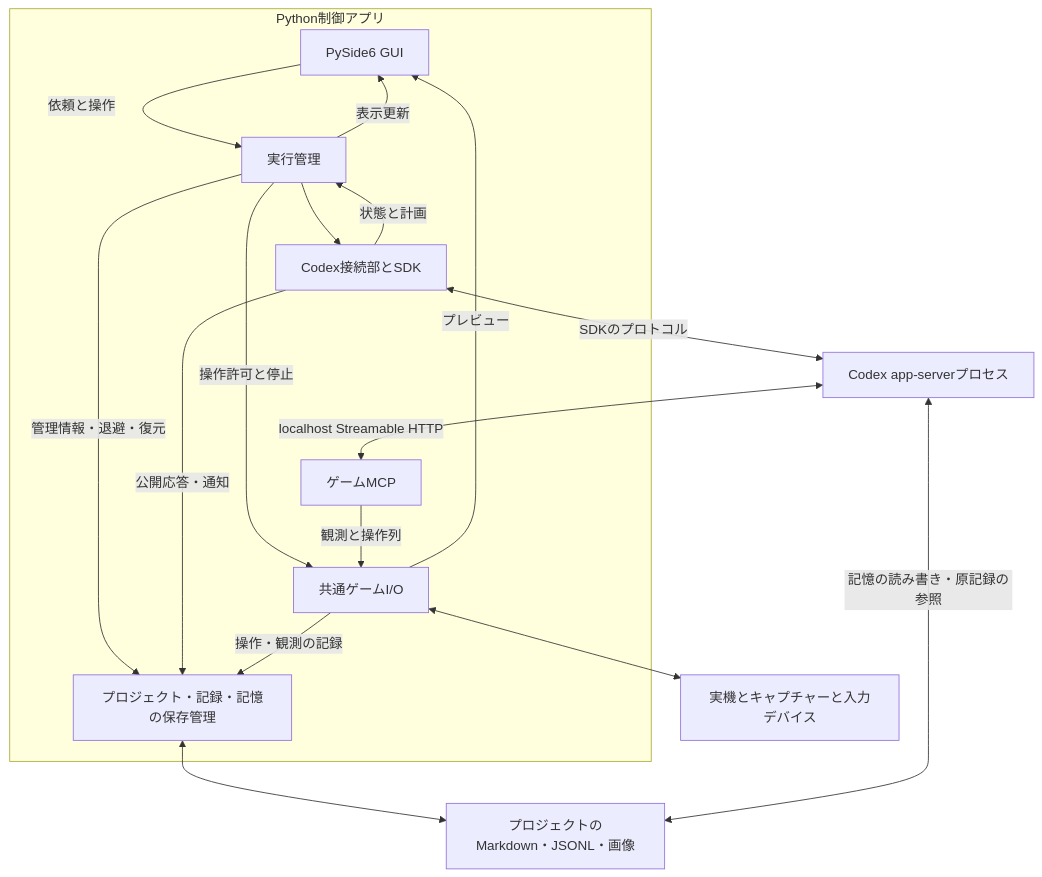
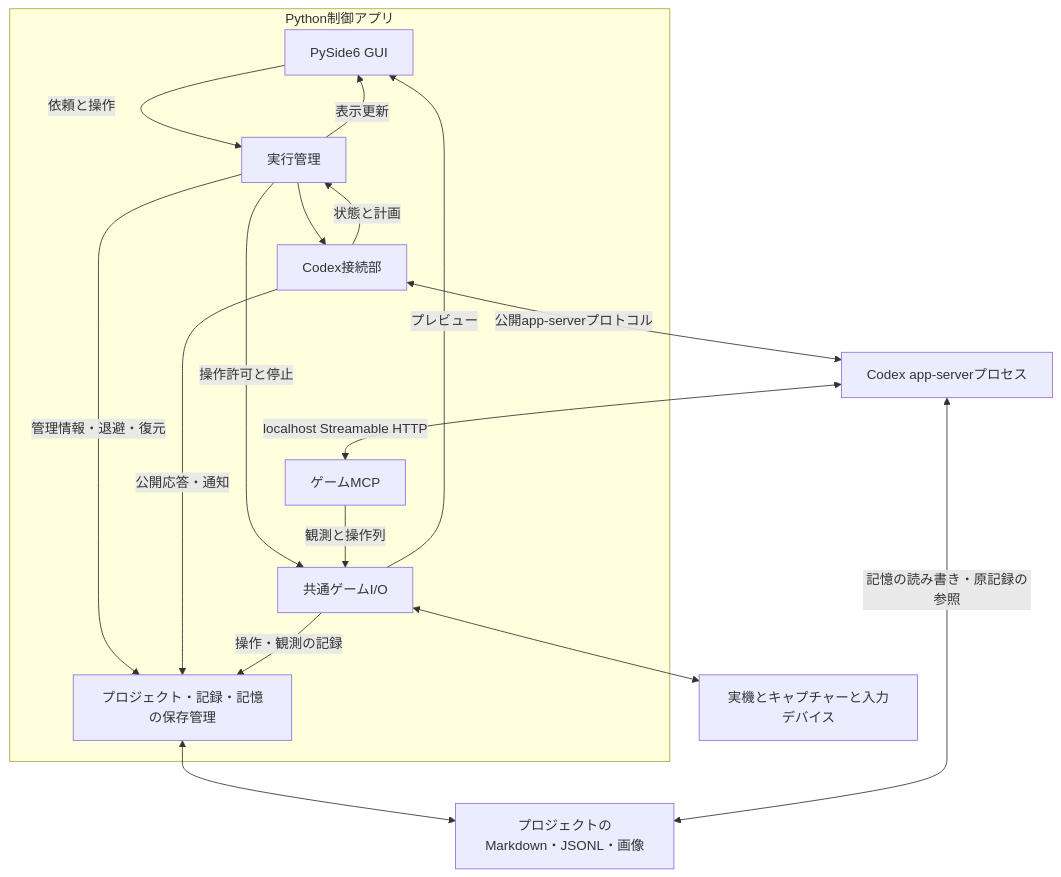
The diagram in spec/initial/02-runtime.md (niart120/Project_Gigas), drawn with Mermaid before and after one commit. The commit also changed other lines of this file and 7 other files, not shown here.

````diff
--- a/spec/initial/02-runtime.md
+++ b/spec/initial/02-runtime.md
@@ -11,29 +11,29 @@
 ```mermaid
 flowchart TB
   subgraph P["Python制御アプリ"]
     U["PySide6 GUI"]
     S["実行管理"]
-    A["Codex接続部とSDK"]
+    A["Codex接続部"]
     M["ゲームMCP"]
     G["共通ゲームI/O"]
     D["プロジェクト・記録・記憶の保存管理"]
     U -->|"依頼と操作"| S
     S --> A
     S -->|"操作許可と停止"| G
     M -->|"観測と操作列"| G
     G -->|"プレビュー"| U
     A -->|"状態と計画"| S
     S -->|"表示更新"| U
     S -->|"管理情報・退避・復元"| D
     A -->|"公開応答・通知"| D
     G -->|"操作・観測の記録"| D
   end
   C["Codex app-serverプロセス"]
   H["実機とキャプチャーと入力デバイス"]
   F["プロジェクトのMarkdown・JSONL・画像"]
-  A <-->|"SDKのプロトコル"| C
+  A <-->|"公開app-serverプロトコル"| C
   C <-->|"localhost Streamable HTTP"| M
   G <--> H
   D <--> F
   C <-->|"記憶の読み書き・原記録の参照"| F
 ```
````
